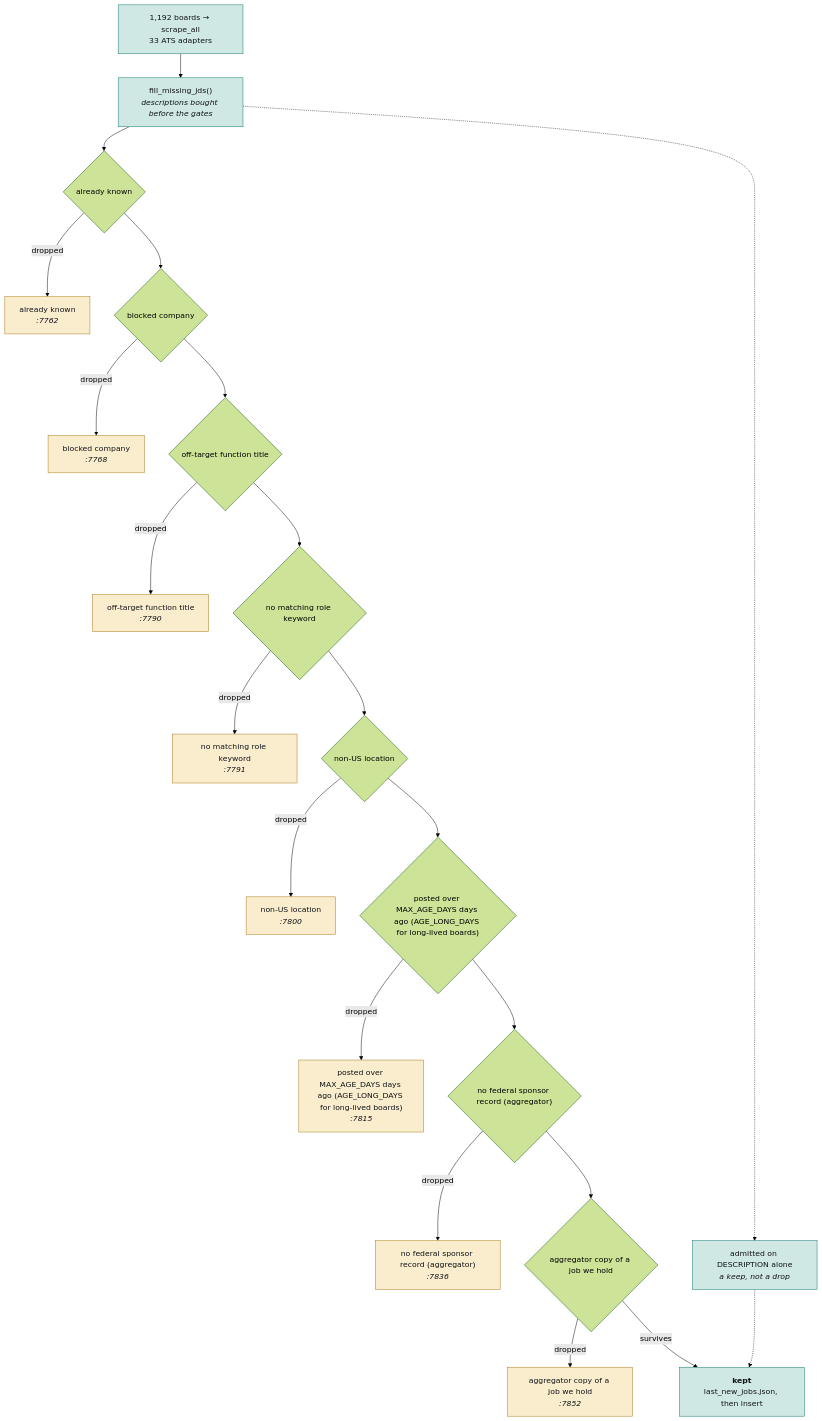
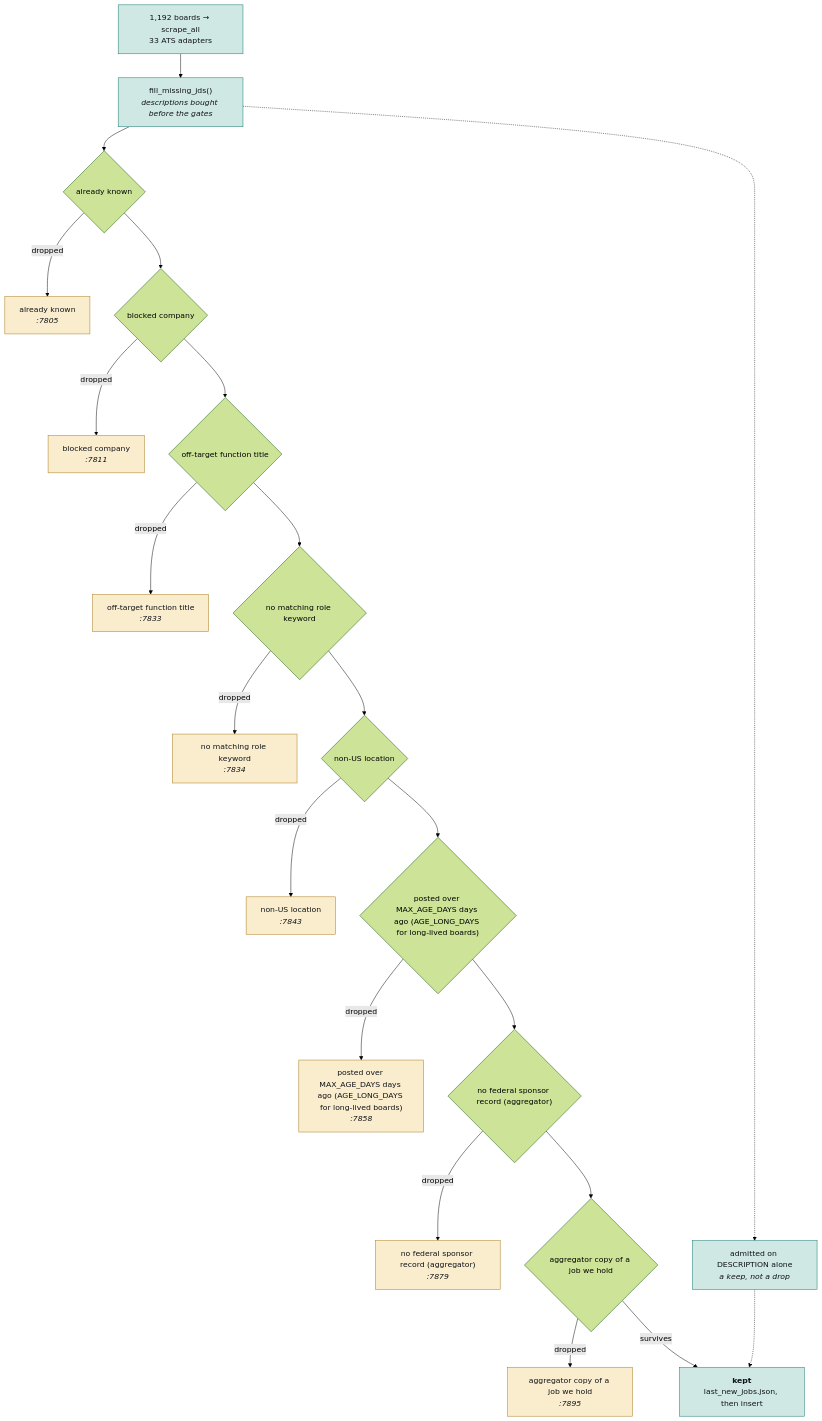
One commit to hadakunal909-debug/job-search-tool changed the second of 4 diagrams in JobMatch Scraper/docs/ARCHITECTURE.md. Above: the diagram before and after it, drawn with Mermaid (forest theme). The commit also changed other lines of this file and 6 other files, not shown here.

````diff
--- a/JobMatch Scraper/docs/ARCHITECTURE.md
+++ b/JobMatch Scraper/docs/ARCHITECTURE.md
@@ -106,54 +106,54 @@
 ```mermaid
 flowchart TB
   SRC["1,192 boards → scrape_all<br/>33 ATS adapters"]
   JD["fill_missing_jds()<br/><i>descriptions bought before the gates</i>"]
   SRC --> JD
   G0{"already known"}
-  D0["already known<br/><i>:7762</i>"]
+  D0["already known<br/><i>:7805</i>"]
   JD --> G0
   G0 -->|dropped| D0
   class D0 trap
   G1{"blocked company"}
-  D1["blocked company<br/><i>:7768</i>"]
+  D1["blocked company<br/><i>:7811</i>"]
   G0 --> G1
   G1 -->|dropped| D1
   class D1 trap
   G2{"off-target function title"}
-  D2["off-target function title<br/><i>:7790</i>"]
+  D2["off-target function title<br/><i>:7833</i>"]
   G1 --> G2
   G2 -->|dropped| D2
   class D2 trap
   G3{"no matching role keyword"}
-  D3["no matching role keyword<br/><i>:7791</i>"]
+  D3["no matching role keyword<br/><i>:7834</i>"]
   G2 --> G3
   G3 -->|dropped| D3
   class D3 trap
   G4{"non-US location"}
-  D4["non-US location<br/><i>:7800</i>"]
+  D4["non-US location<br/><i>:7843</i>"]
   G3 --> G4
   G4 -->|dropped| D4
   class D4 trap
   G5{"posted over MAX_AGE_DAYS days ago (AGE_LONG_DAYS for long-lived boards)"}
-  D5["posted over MAX_AGE_DAYS days ago (AGE_LONG_DAYS for long-lived boards)<br/><i>:7815</i>"]
+  D5["posted over MAX_AGE_DAYS days ago (AGE_LONG_DAYS for long-lived boards)<br/><i>:7858</i>"]
   G4 --> G5
   G5 -->|dropped| D5
   class D5 trap
   G6{"no federal sponsor record (aggregator)"}
-  D6["no federal sponsor record (aggregator)<br/><i>:7836</i>"]
+  D6["no federal sponsor record (aggregator)<br/><i>:7879</i>"]
   G5 --> G6
   G6 -->|dropped| D6
   class D6 trap
   G7{"aggregator copy of a job we hold"}
-  D7["aggregator copy of a job we hold<br/><i>:7852</i>"]
+  D7["aggregator copy of a job we hold<br/><i>:7895</i>"]
   G6 --> G7
   G7 -->|dropped| D7
   class D7 trap
   KEEP["<b>kept</b><br/>last_new_jobs.json, then insert"]
   G7 -->|survives| KEEP
   RESCUE["admitted on DESCRIPTION alone<br/><i>a keep, not a drop</i>"]
   JD -.-> RESCUE
   RESCUE -.-> KEEP
   classDef trap fill:#f9edcd,stroke:#a8781a,color:#101319
   classDef sched fill:#cfe8e3,stroke:#0f766e,color:#101319
   class SRC,JD,KEEP,RESCUE sched
 ```
````
